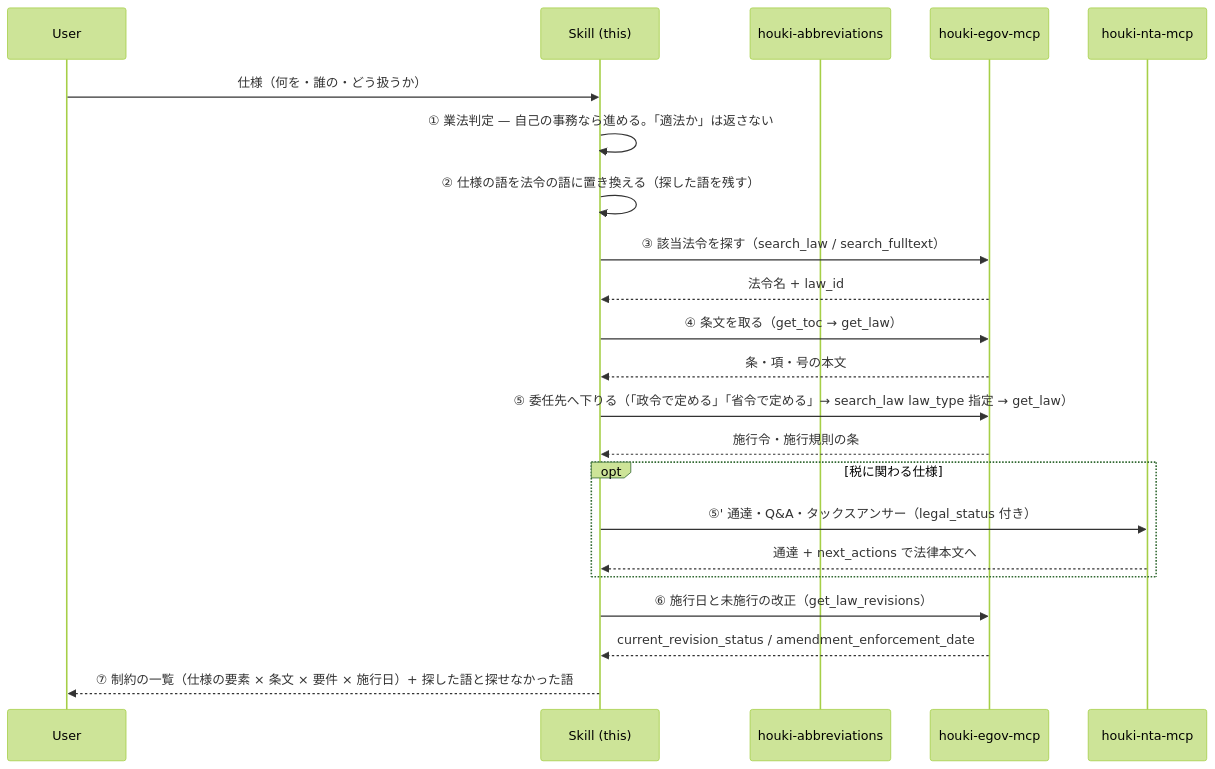
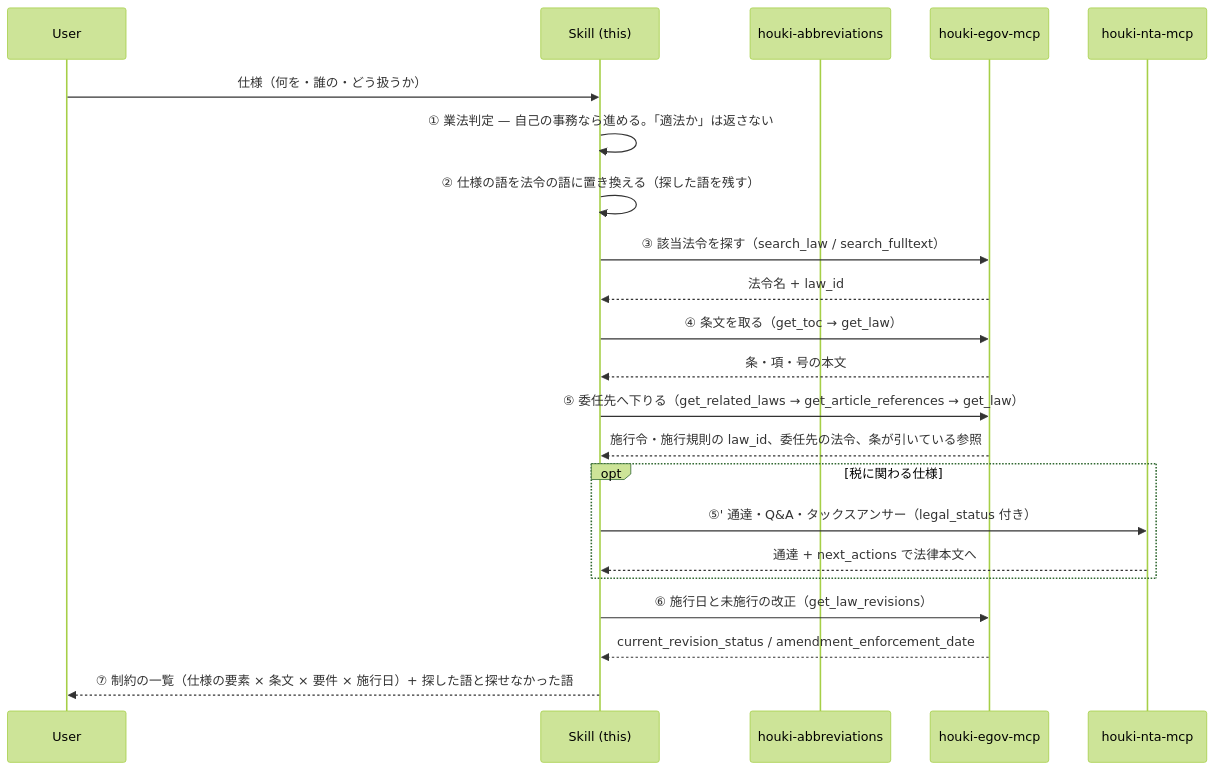
Before and after one commit to shuji-bonji/houki-research-skill: the first of 2 diagrams in skills/houki-research/workflows/feasibility-check.md, drawn with Mermaid (forest theme). The commit also changed other lines of this file and 5 other files, not shown here.

First line of the commit message:
feat: v0.9.0 — feasibility-check の ⑤ を get_related_laws → get_article_references → get_law の 3 手に書き直す (#9)

````diff
--- a/skills/houki-research/workflows/feasibility-check.md
+++ b/skills/houki-research/workflows/feasibility-check.md
@@ -24,25 +24,25 @@
 ```mermaid
 sequenceDiagram
     participant U as User
     participant S as Skill (this)
     participant A as houki-abbreviations
     participant E as houki-egov-mcp
     participant N as houki-nta-mcp
 
     U->>S: 仕様（何を・誰の・どう扱うか）
     S->>S: ① 業法判定 — 自己の事務なら進める。「適法か」は返さない
     S->>S: ② 仕様の語を法令の語に置き換える（探した語を残す）
     S->>E: ③ 該当法令を探す（search_law / search_fulltext）
     E-->>S: 法令名 + law_id
     S->>E: ④ 条文を取る（get_toc → get_law）
     E-->>S: 条・項・号の本文
-    S->>E: ⑤ 委任先へ下りる（「政令で定める」「省令で定める」→ search_law law_type 指定 → get_law）
-    E-->>S: 施行令・施行規則の条
+    S->>E: ⑤ 委任先へ下りる（get_related_laws → get_article_references → get_law）
+    E-->>S: 施行令・施行規則の law_id、委任先の法令、条が引いている参照
     opt 税に関わる仕様
         S->>N: ⑤' 通達・Q&A・タックスアンサー（legal_status 付き）
         N-->>S: 通達 + next_actions で法律本文へ
     end
     S->>E: ⑥ 施行日と未施行の改正（get_law_revisions）
     E-->>S: current_revision_status / amendment_enforcement_date
     S-->>U: ⑦ 制約の一覧（仕様の要素 × 条文 × 要件 × 施行日）+ 探した語と探せなかった語
 ```
````
